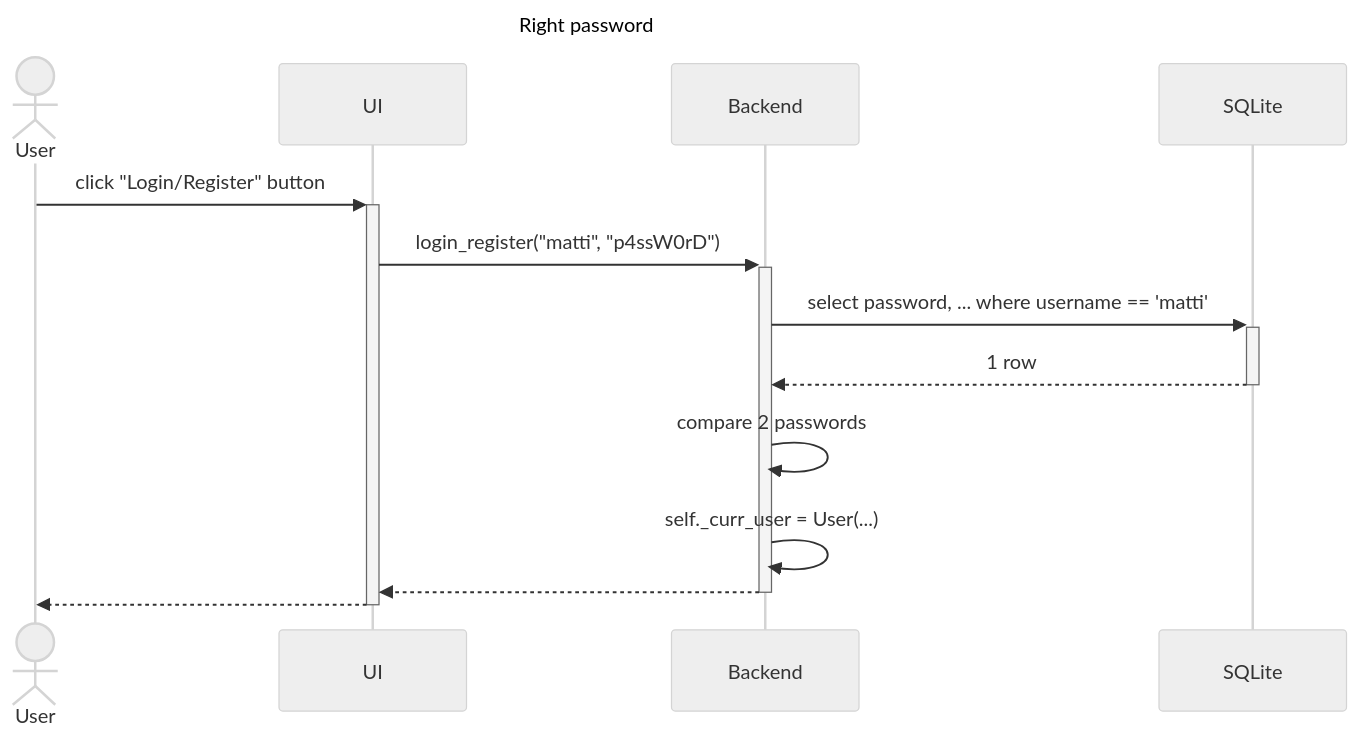
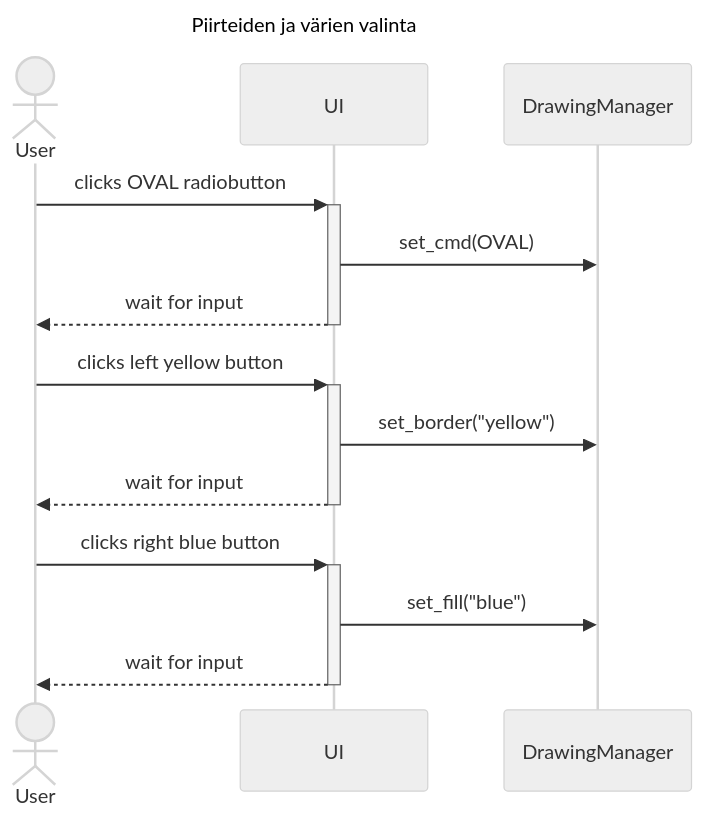
Before and after one commit to tomjtoth/ot-harjoitustyo: the ninth of 11 diagrams in dokumentaatio/arkkitehtuuri.md, drawn with Mermaid (neutral theme). The commit also changed other lines of this file and 9 other files, not shown here.

````diff
--- a/dokumentaatio/arkkitehtuuri.md
+++ b/dokumentaatio/arkkitehtuuri.md
@@ -140,18 +268,20 @@
 ```mermaid
 ---
-title: Right password
+title: Piirteiden ja värien valinta
 ---
 sequenceDiagram
-  actor User
-  participant UI
-  participant Backend
-  User->>+UI: click "Login/Register" button
-  UI->>+Backend: login_register("matti", "p4ssW0rD")
-  Backend->>+SQLite: select password, ... where username == 'matti'
-  SQLite-->>-Backend: 1 row
-  Backend->>Backend: compare 2 passwords
-  Backend->>Backend: self._curr_user = User(...)
-  Backend-->>-UI: 
-  UI-->>-User: 
+    actor User
+
+    User->>+UI: clicks OVAL radiobutton
+    UI->>DrawingManager: set_cmd(OVAL)
+    UI-->>-User: wait for input
+
+    User->>+UI: clicks left yellow button
+    UI->>DrawingManager: set_border("yellow")
+    UI-->>-User: wait for input
+
+    User->>+UI: clicks right blue button
+    UI->>DrawingManager: set_fill("blue")
+    UI-->>-User: wait for input
 
 ```
````
